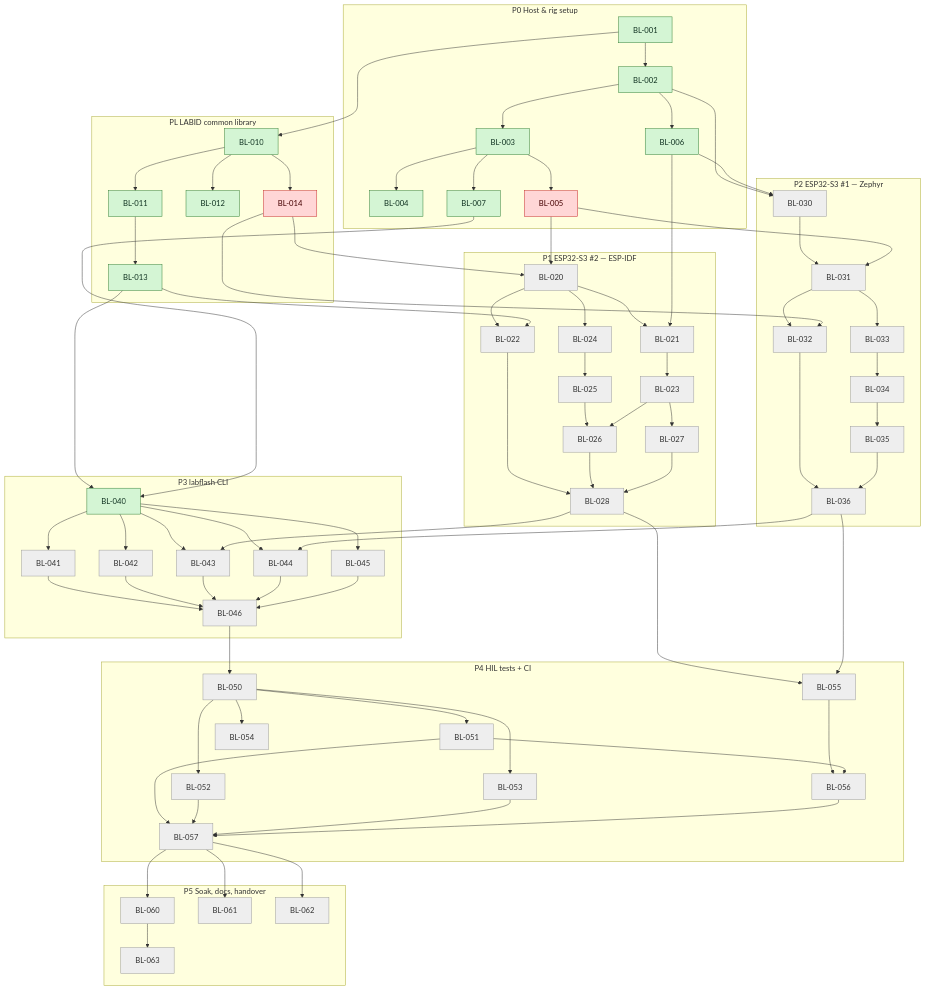
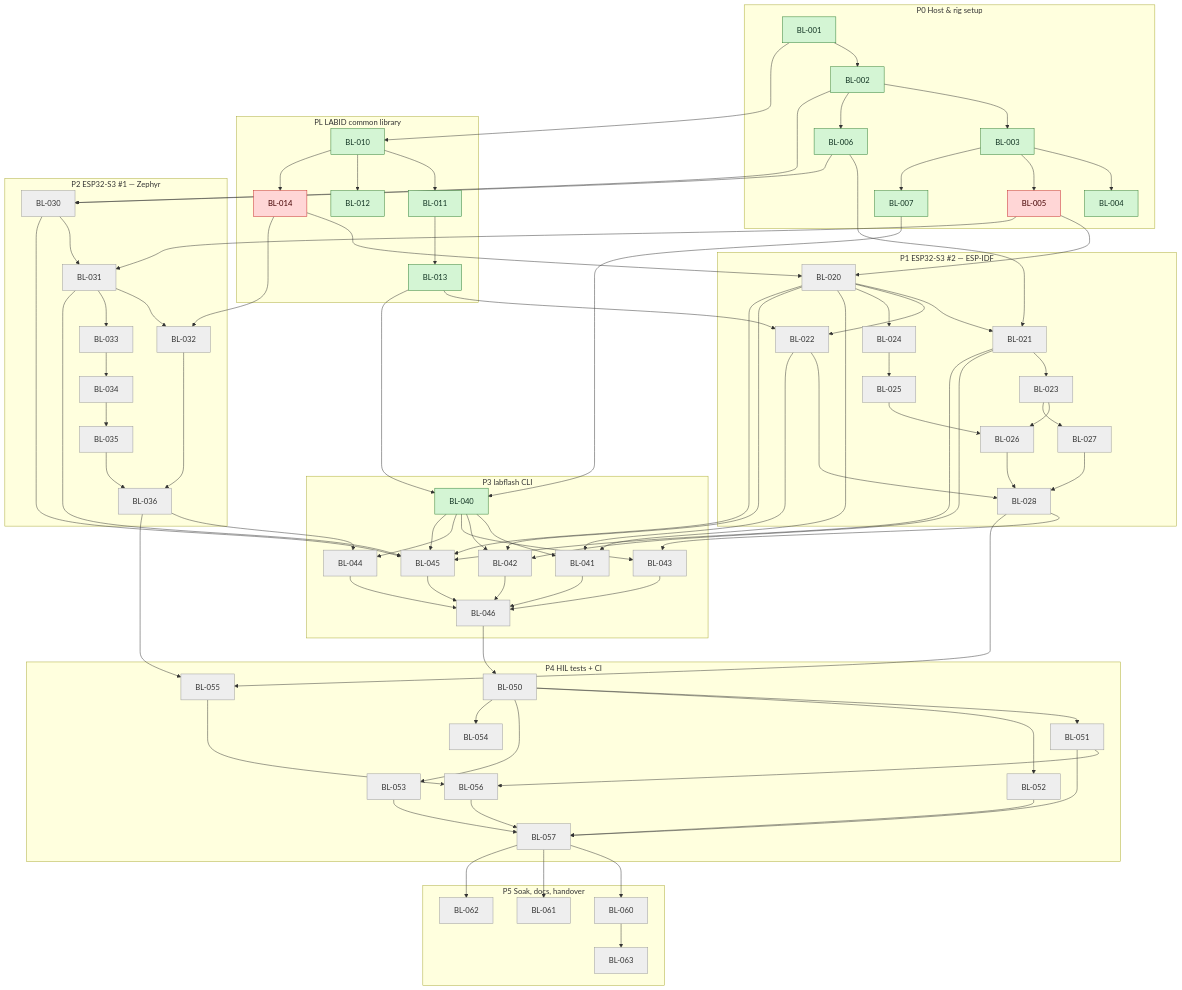
The third of 3 diagrams in tickets/TICKETS.md (mohamed-soubhi/bootlab-esp), drawn with Mermaid before and after one commit. The commit also changed other lines of this file and 2 other files, not shown here.

```diff
--- a/tickets/TICKETS.md
+++ b/tickets/TICKETS.md
@@ -958,12 +955,20 @@
     BL013 --> BL040
     BL007 --> BL040
     BL040 --> BL041
+    BL020 --> BL041
+    BL022 --> BL041
     BL040 --> BL042
+    BL020 --> BL042
+    BL021 --> BL042
     BL040 --> BL043
     BL028 --> BL043
     BL040 --> BL044
     BL036 --> BL044
     BL040 --> BL045
+    BL020 --> BL045
+    BL021 --> BL045
+    BL030 --> BL045
+    BL031 --> BL045
     BL041 --> BL046
     BL042 --> BL046
     BL043 --> BL046
```
